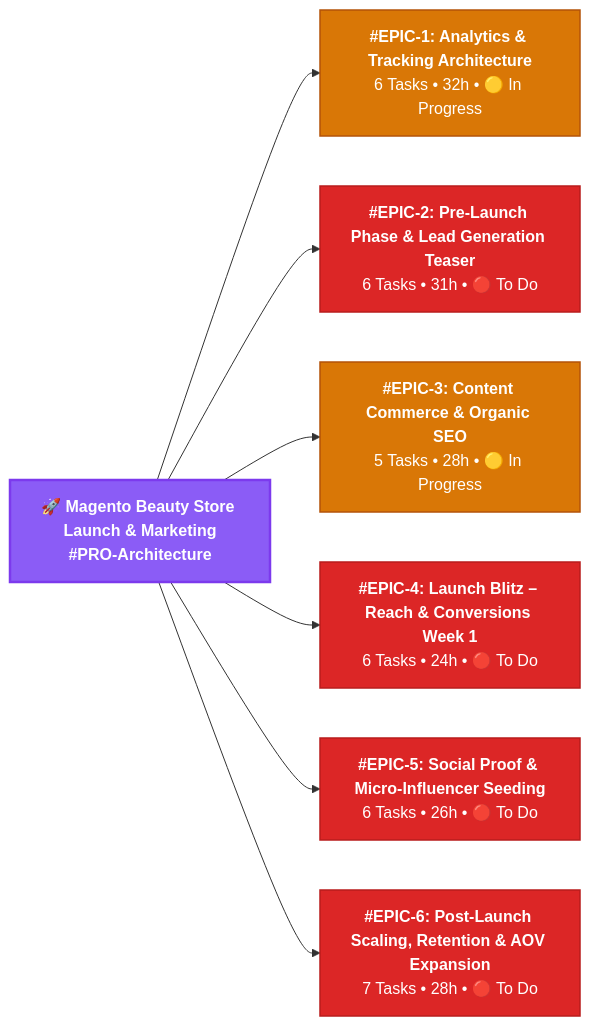
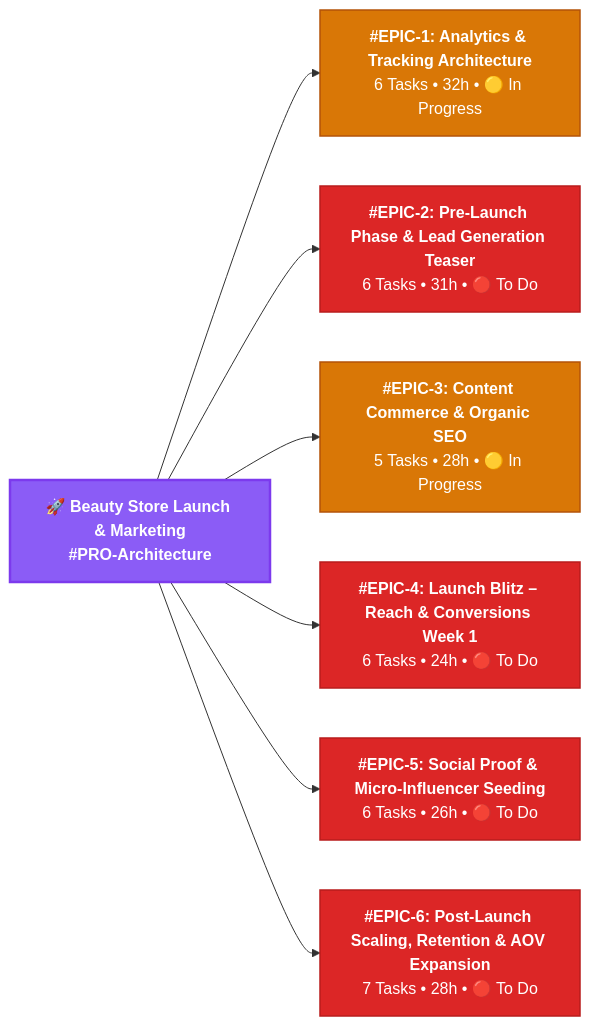
The fourth of 5 diagrams in templates/02-magento-beauty-marketing/README.md (4u4-us/playground), drawn with Mermaid before and after one commit. The commit also changed other lines of this file, not shown here.

Commit message:
docs: remove Magento prefix from template 2 title

````diff
--- a/templates/02-magento-beauty-marketing/README.md
+++ b/templates/02-magento-beauty-marketing/README.md
@@ -164,23 +164,23 @@
 ```mermaid
 flowchart LR
     %% Theme & Node Styles
     classDef primary fill:#8b5cf6,stroke:#7c3aed,stroke-width:2.5px,color:#ffffff,font-weight:bold;
     classDef done fill:#059669,stroke:#047857,stroke-width:1.5px,color:#ffffff;
     classDef inprog fill:#d97706,stroke:#b45309,stroke-width:1.5px,color:#ffffff;
     classDef todo fill:#dc2626,stroke:#b91c1c,stroke-width:1.5px,color:#ffffff;
 
-    Root["🚀 <b>Magento Beauty Store Launch & Marketing</b><br/>#PRO-Architecture"]:::primary
+    Root["🚀 <b>Beauty Store Launch & Marketing</b><br/>#PRO-Architecture"]:::primary
 
     E_1["<b>#EPIC-1: Analytics & Tracking Architecture</b><br/>6 Tasks • 32h • 🟡 In Progress"]:::inprog
     Root --> E_1
     E_2["<b>#EPIC-2: Pre-Launch Phase & Lead Generation Teaser</b><br/>6 Tasks • 31h • 🔴 To Do"]:::todo
     Root --> E_2
     E_3["<b>#EPIC-3: Content Commerce & Organic SEO</b><br/>5 Tasks • 28h • 🟡 In Progress"]:::inprog
     Root --> E_3
     E_4["<b>#EPIC-4: Launch Blitz – Reach & Conversions Week 1</b><br/>6 Tasks • 24h • 🔴 To Do"]:::todo
     Root --> E_4
     E_5["<b>#EPIC-5: Social Proof & Micro-Influencer Seeding</b><br/>6 Tasks • 26h • 🔴 To Do"]:::todo
     Root --> E_5
     E_6["<b>#EPIC-6: Post-Launch Scaling, Retention & AOV Expansion</b><br/>7 Tasks • 28h • 🔴 To Do"]:::todo
     Root --> E_6
 ```
````
